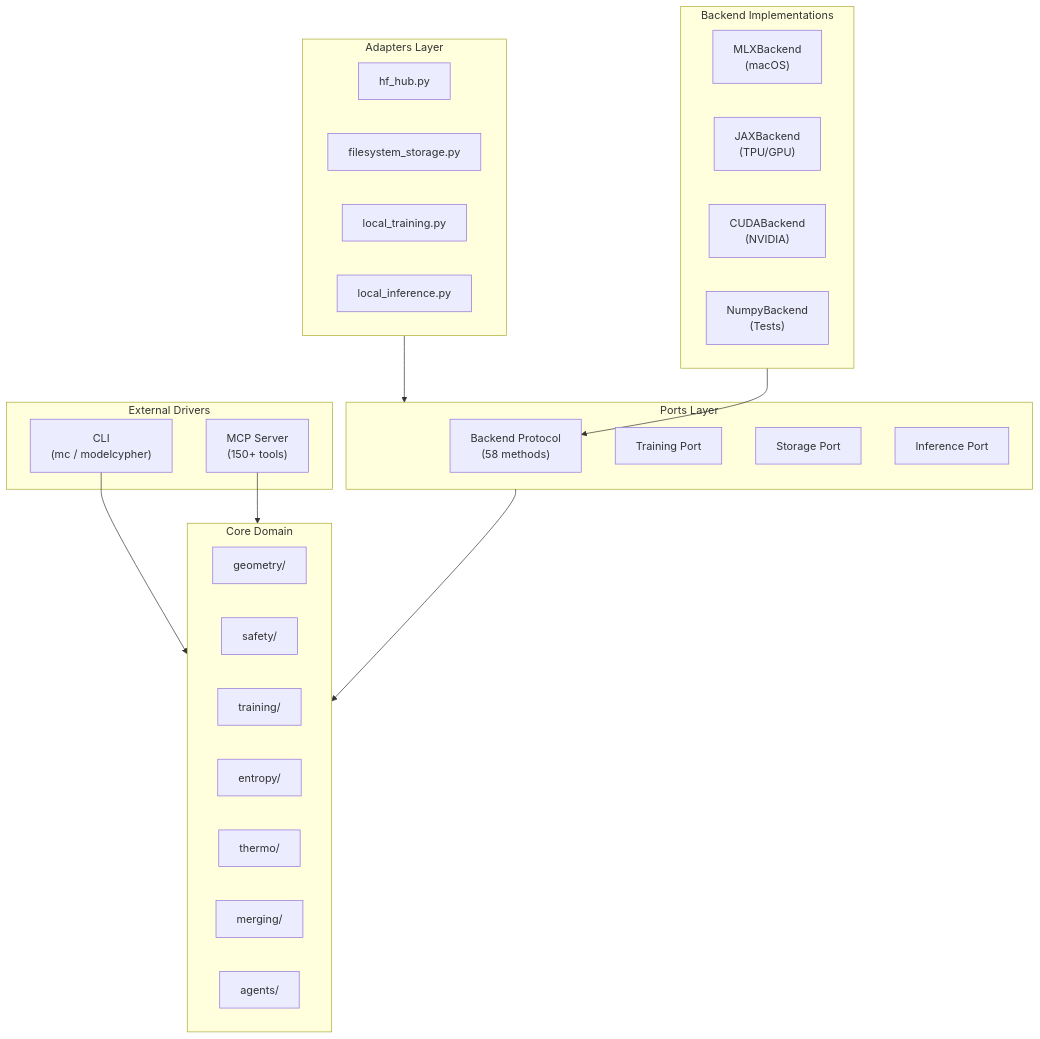
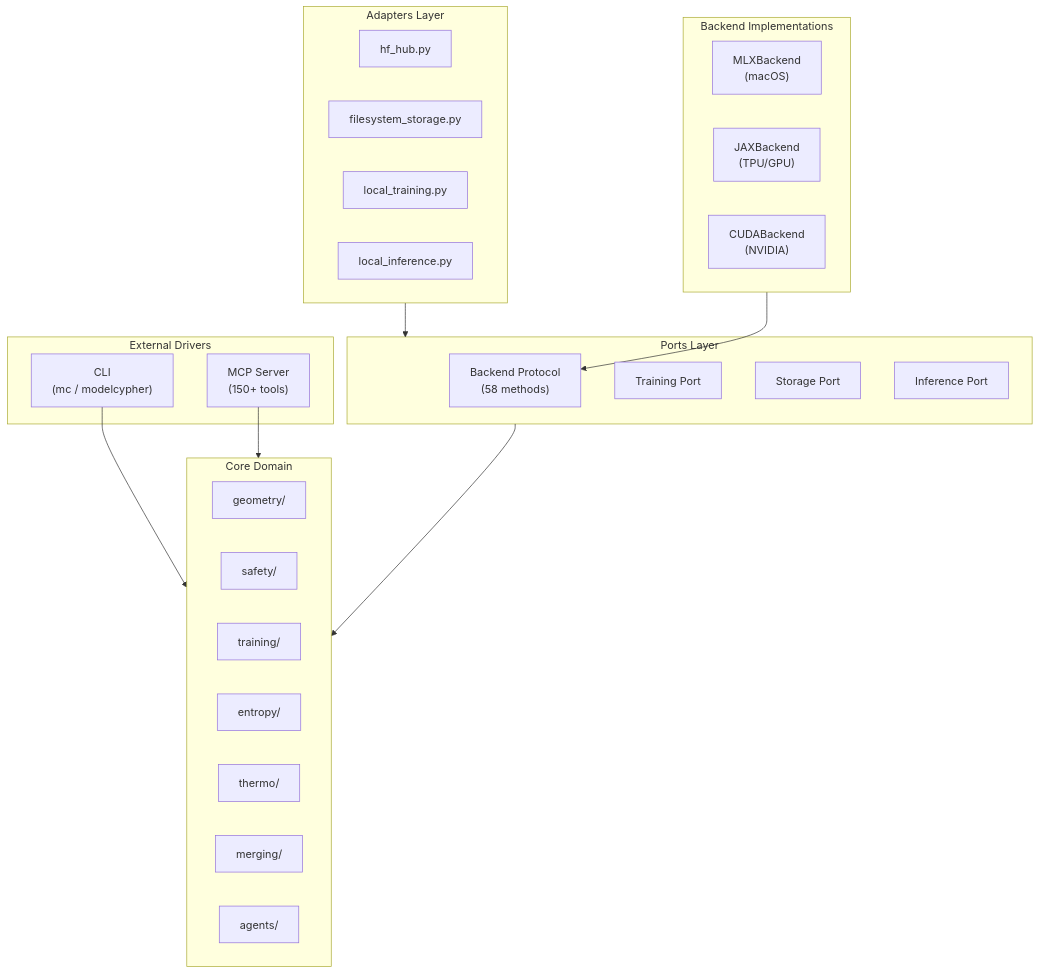
One commit to Ethyros-AI/ModelCypher changed the first of 4 diagrams in docs/ARCHITECTURE.md. Above: the diagram before and after it, drawn with Mermaid. The commit also changed other lines of this file and 7 other files, not shown here.

First line of the commit message:
refactor(backend): migrate tests from NumPy to MLX backend

````diff
--- a/docs/ARCHITECTURE.md
+++ b/docs/ARCHITECTURE.md
@@ -7,44 +7,43 @@
 ```mermaid
 flowchart TB
     subgraph EXTERNAL["External Drivers"]
         CLI["CLI<br/>(mc / modelcypher)"]
         MCP["MCP Server<br/>(150+ tools)"]
     end
 
     subgraph ADAPTERS["Adapters Layer"]
         HF["hf_hub.py"]
         FS["filesystem_storage.py"]
         LT["local_training.py"]
         LI["local_inference.py"]
     end
 
     subgraph PORTS["Ports Layer"]
         BE["Backend Protocol<br/>(58 methods)"]
         TR["Training Port"]
         ST["Storage Port"]
         INF["Inference Port"]
     end
 
     subgraph DOMAIN["Core Domain"]
         GEO["geometry/"]
         SAFE["safety/"]
         TRAIN["training/"]
         ENT["entropy/"]
         THERM["thermo/"]
         MERGE["merging/"]
         AGT["agents/"]
     end
 
     subgraph BACKENDS["Backend Implementations"]
         MLX["MLXBackend<br/>(macOS)"]
         JAX["JAXBackend<br/>(TPU/GPU)"]
         CUDA["CUDABackend<br/>(NVIDIA)"]
-        NP["NumpyBackend<br/>(Tests)"]
     end
 
     CLI --> DOMAIN
     MCP --> DOMAIN
     ADAPTERS --> PORTS
     PORTS --> DOMAIN
     BACKENDS --> BE
 ```
````
